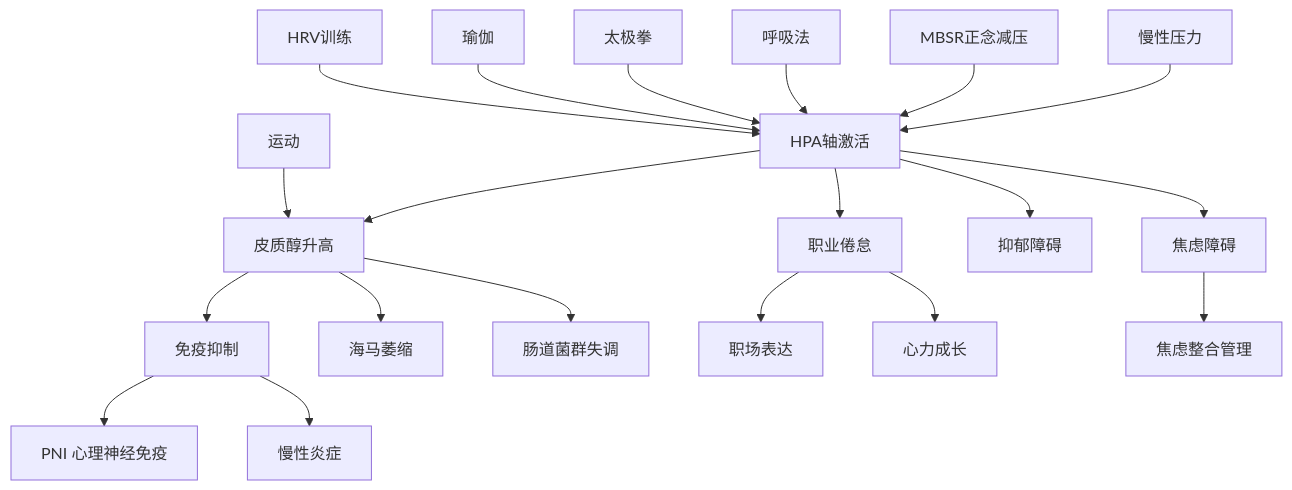
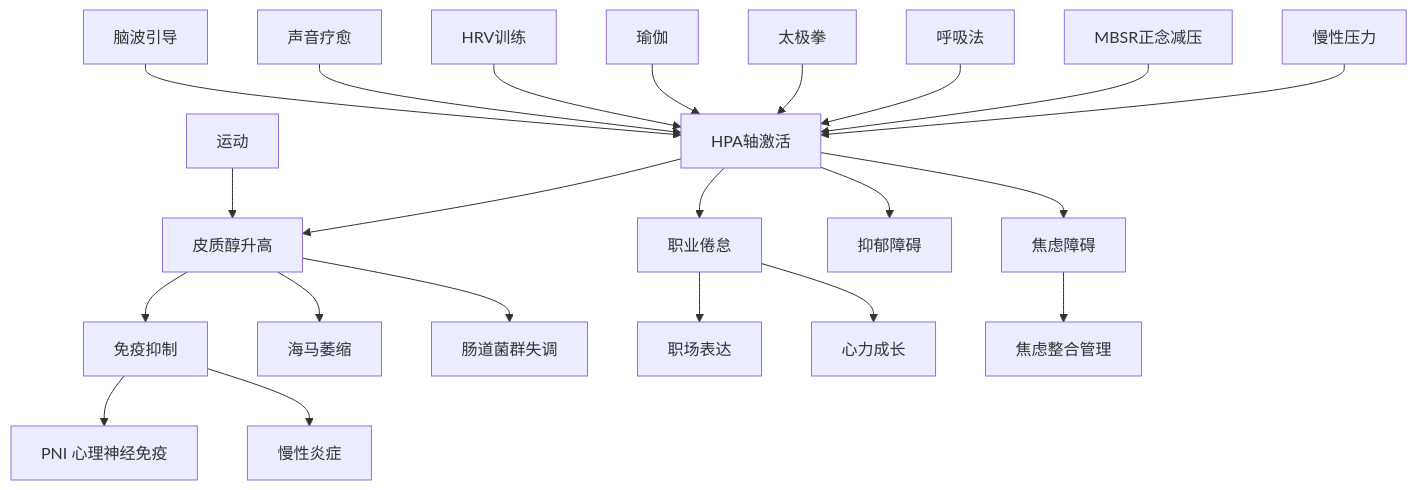
One commit to peace-lab-global/peace-lab-database changed the diagram in _meta/topic-maps/Stress_HPA_Ecosystem.md. Above: the diagram before and after it, drawn with Mermaid. The commit also changed other lines of this file and 26 other files, not shown here.

````diff
--- a/_meta/topic-maps/Stress_HPA_Ecosystem.md
+++ b/_meta/topic-maps/Stress_HPA_Ecosystem.md
@@ -9,22 +9,24 @@
 ```mermaid
 graph TB
     A[慢性压力] --> B[HPA轴激活]
     B --> C[皮质醇升高]
     C --> D[免疫抑制]
     C --> E[海马萎缩]
     C --> F[肠道菌群失调]
     D --> G[PNI 心理神经免疫]
     D --> H[慢性炎症]
     B --> I[焦虑障碍]
     B --> J[抑郁障碍]
     B --> K[职业倦怠]
     L[MBSR正念减压] --> B
     M[呼吸法] --> B
     N[太极拳] --> B
     O[瑜伽] --> B
     P[运动] --> C
     Q[HRV训练] --> B
+    U[声音疗愈] --> B
+    V[脑波引导] --> B
     K --> R[职场表达]
     K --> S[心力成长]
     I --> T[焦虑整合管理]
 ```
````
